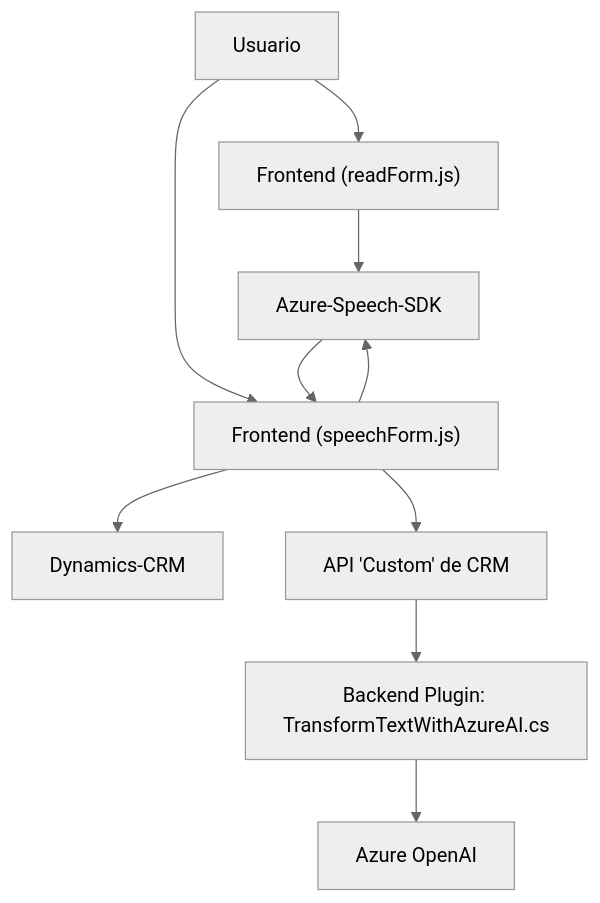
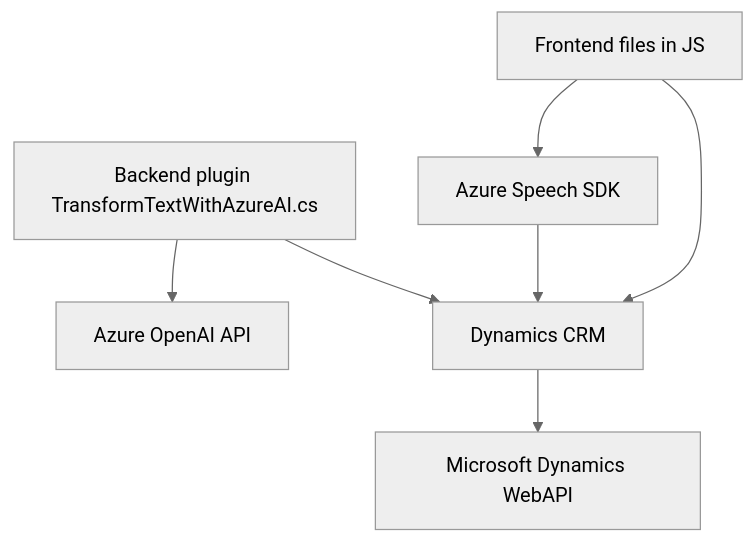
The diagram in README.md (blopezdm/NETCORE_BILBAO2025), drawn with Mermaid (neutral theme) before and after one commit. The commit also changed other lines of this file, not shown here.

````diff
--- a/README.md
+++ b/README.md
@@ -50,21 +54,16 @@
 ```mermaid
 graph TD
-    A["Usuario"]
-    B["Frontend (readForm.js)"]
-    C["Frontend (speechForm.js)"]
-    D["Azure-Speech-SDK"]
-    E["Backend Plugin: TransformTextWithAzureAI.cs"]
-    F["Azure OpenAI"]
-    G["Dynamics-CRM"]
-    H["API 'Custom' de CRM"]
+    A["Frontend files in JS"]
+    B["Backend plugin TransformTextWithAzureAI.cs"]
+    C["Dynamics CRM"]
+    D["Azure Speech SDK"]
+    E["Azure OpenAI API"]
+    F["Microsoft Dynamics WebAPI"]
 
-    A --> B
     A --> C
-    B --> D
-    C --> D
-    C --> G
-    C --> H
+    B --> C
+    A --> D
+    B --> E
+    C --> F
     D --> C
-    H --> E
-    E --> F
 ```
````
